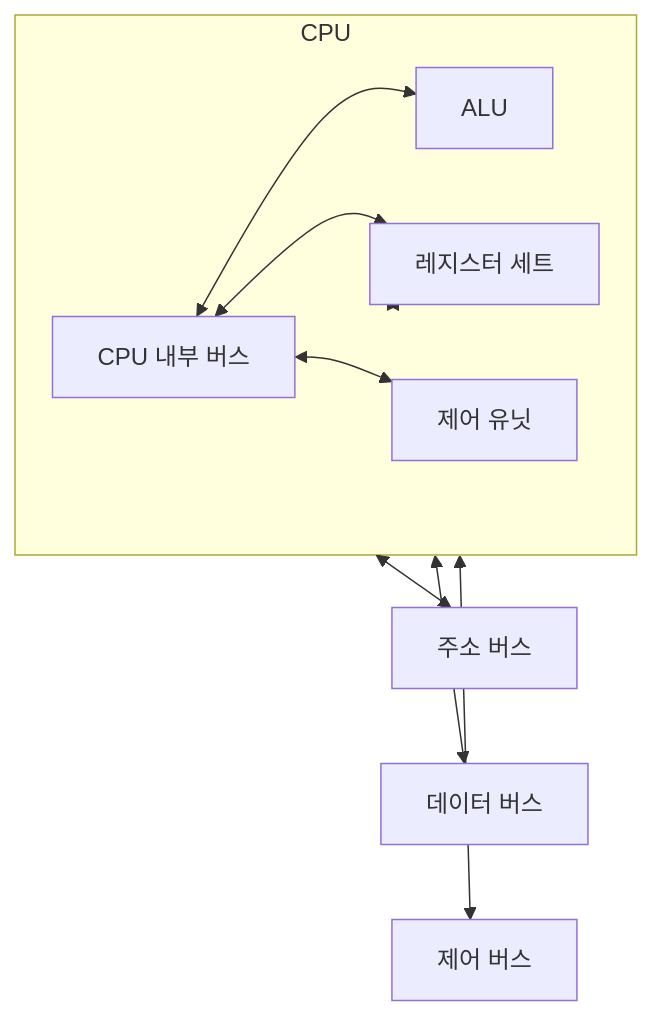
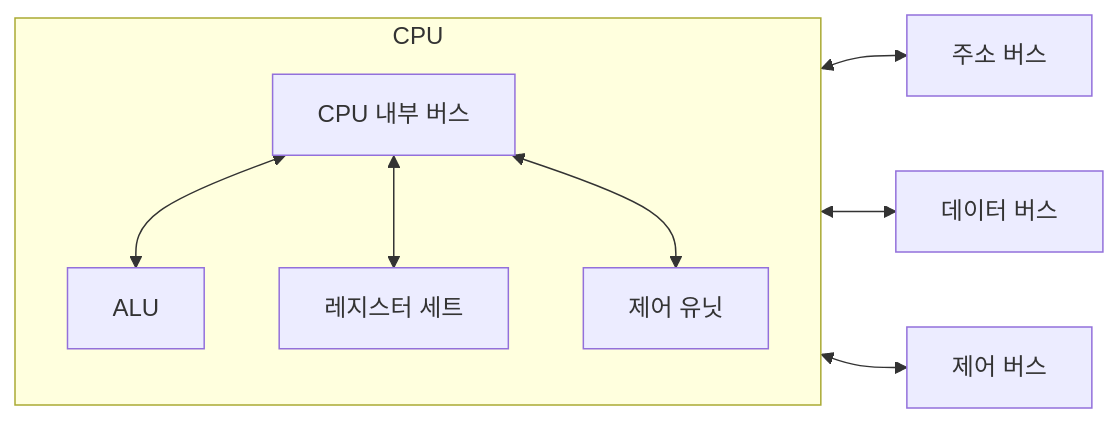
Before and after one commit to highlow12/Obsidian: the diagram in 1. 프로젝트/학교/컴퓨터 구조/2장. CPU의 구조와 기능.md, drawn with Mermaid.

Commit message:
vault backup: 2024-10-26 18:03:17

````diff
--- a/1. 프로젝트/학교/컴퓨터 구조/2장. CPU의 구조와 기능.md
+++ b/1. 프로젝트/학교/컴퓨터 구조/2장. CPU의 구조와 기능.md
@@ -18,23 +18,19 @@
 ```mermaid
 graph LR
     subgraph CPU[CPU]
 	    CPUBUS[CPU 내부 버스]
         ALU[ALU]
         REG[레지스터 세트]
         CU[제어 유닛]
 
 		CPUBUS <--> ALU
 		CPUBUS <--> REG
 		CPUBUS <--> CU
     end
 
-    %% CPU 내부 연결
-    ALU <--> CPU
-    REG <--> CPU
-    CU <--> CPU
 
     %% 외부 버스 연결
     CPU <--> AB[주소 버스]
     CPU <--> DB[데이터 버스]
     CPU <--> CB[제어 버스]
 ```
````
